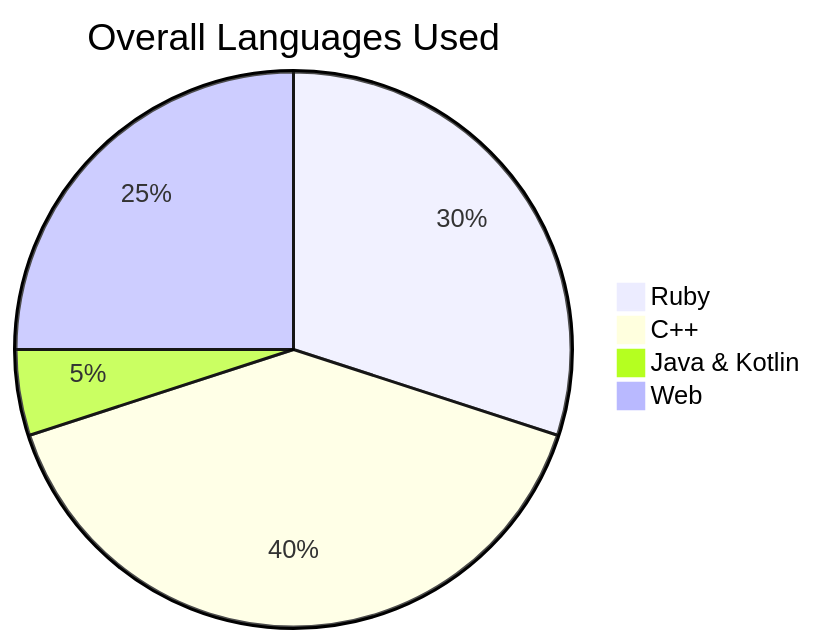
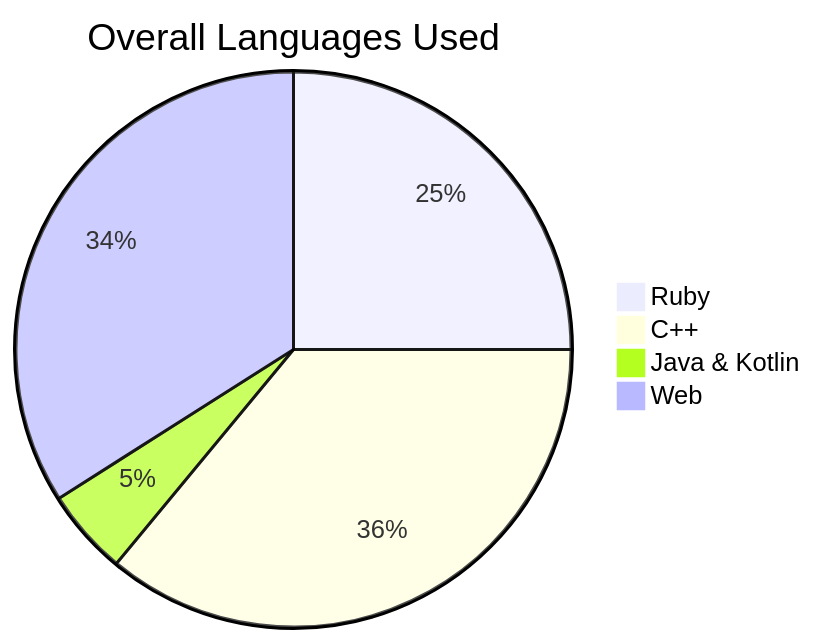
Before and after one commit to Ash-the-practical-programmer/Ash-the-practical-programmer: the diagram in README.md, drawn with Mermaid.

````diff
--- a/README.md
+++ b/README.md
@@ -34,7 +34,7 @@
 ```mermaid
 pie title Overall Languages Used
-    "Ruby" : 30.00
-    "C++" : 40.00
+    "Ruby" : 25.00
+    "C++" : 36.00
     "Java & Kotlin" : 5.00
-    "Web" :  25.00
+    "Web" :  34.00
 ```
````
